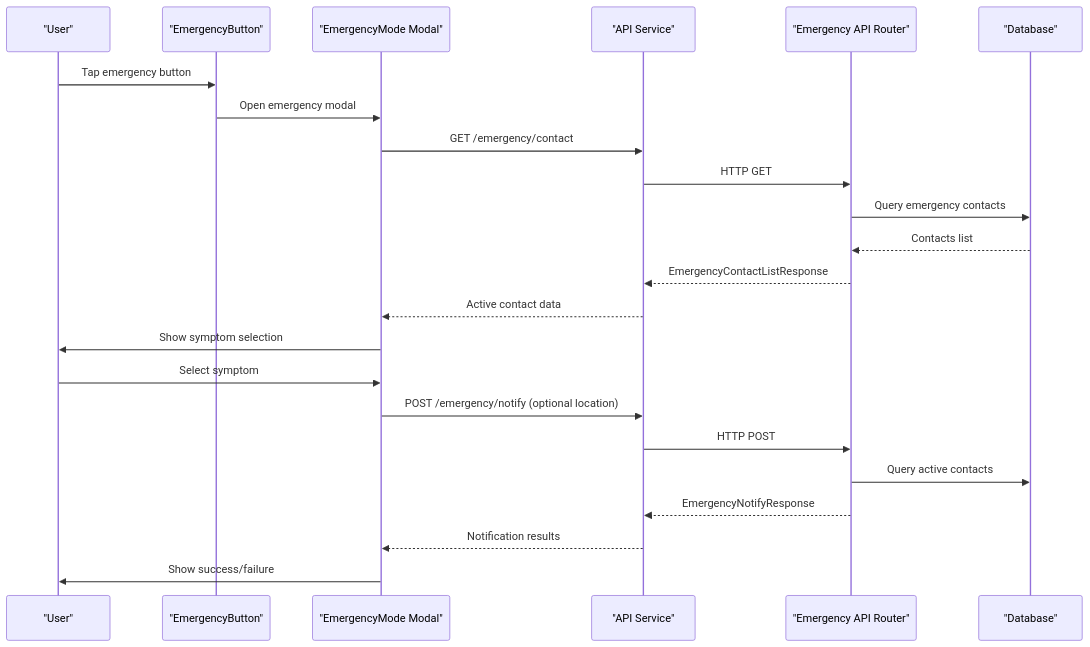
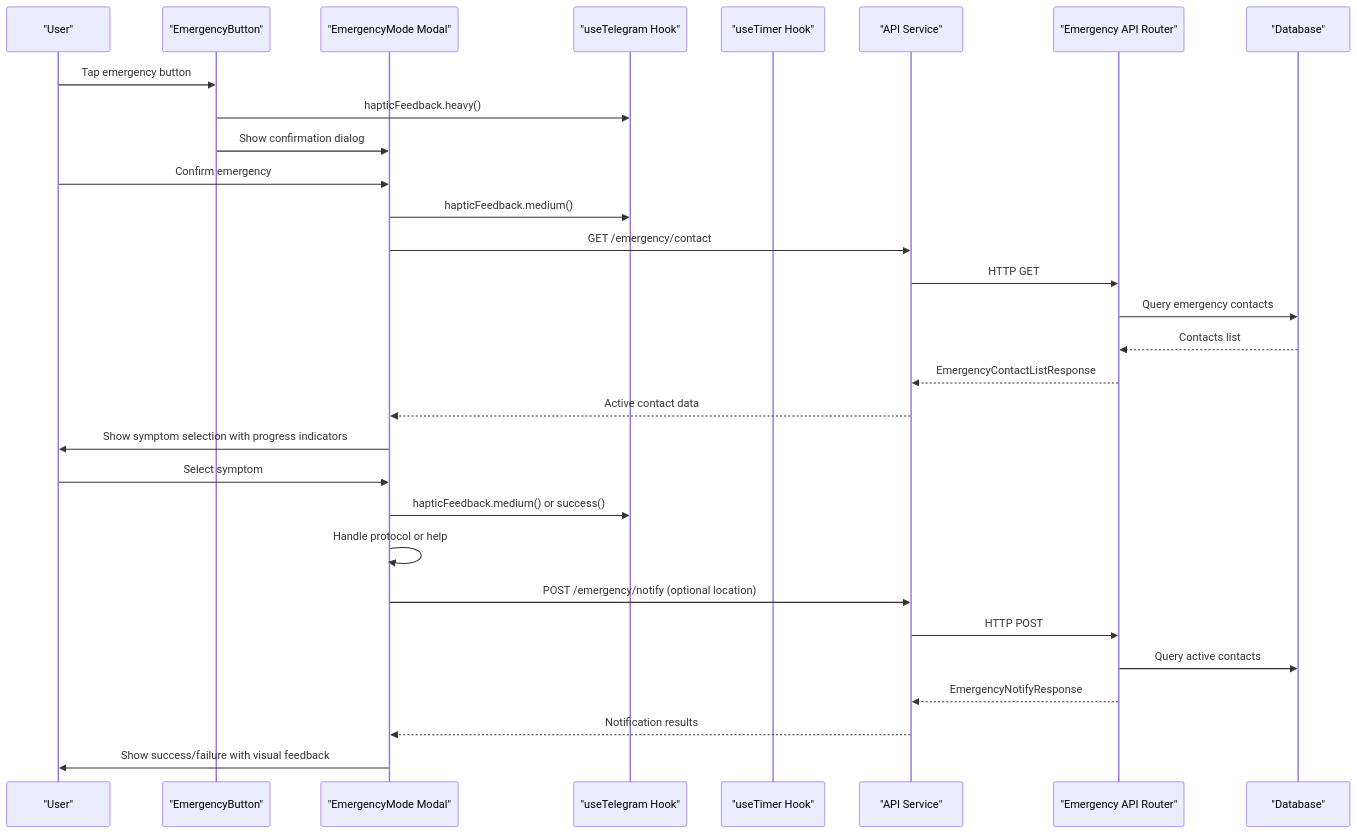
Before and after one commit to nilsnavi/fit_trackerpro: the second of 8 diagrams in .qoder/repowiki/en/content/Feature Implementation/Emergency Mode & Safety Features.md, drawn with Mermaid. The commit also changed other lines of this file and 19 other files, not shown here.

````diff
--- a/.qoder/repowiki/en/content/Feature Implementation/Emergency Mode & Safety Features.md
+++ b/.qoder/repowiki/en/content/Feature Implementation/Emergency Mode & Safety Features.md
@@ -100,25 +119,32 @@
 ```mermaid
 sequenceDiagram
 participant User as "User"
 participant Button as "EmergencyButton"
 participant Modal as "EmergencyMode Modal"
+participant Telegram as "useTelegram Hook"
+participant Timer as "useTimer Hook"
 participant API as "API Service"
 participant Router as "Emergency API Router"
 participant DB as "Database"
 User->>Button : Tap emergency button
-Button->>Modal : Open emergency modal
+Button->>Telegram : hapticFeedback.heavy()
+Button->>Modal : Show confirmation dialog
+User->>Modal : Confirm emergency
+Modal->>Telegram : hapticFeedback.medium()
 Modal->>API : GET /emergency/contact
 API->>Router : HTTP GET
 Router->>DB : Query emergency contacts
 DB-->>Router : Contacts list
 Router-->>API : EmergencyContactListResponse
 API-->>Modal : Active contact data
-Modal->>User : Show symptom selection
+Modal->>User : Show symptom selection with progress indicators
 User->>Modal : Select symptom
+Modal->>Telegram : hapticFeedback.medium() or success()
+Modal->>Modal : Handle protocol or help
 Modal->>API : POST /emergency/notify (optional location)
 API->>Router : HTTP POST
 Router->>DB : Query active contacts
 Router-->>API : EmergencyNotifyResponse
 API-->>Modal : Notification results
-Modal->>User : Show success/failure
+Modal->>User : Show success/failure with visual feedback
 ```
````
